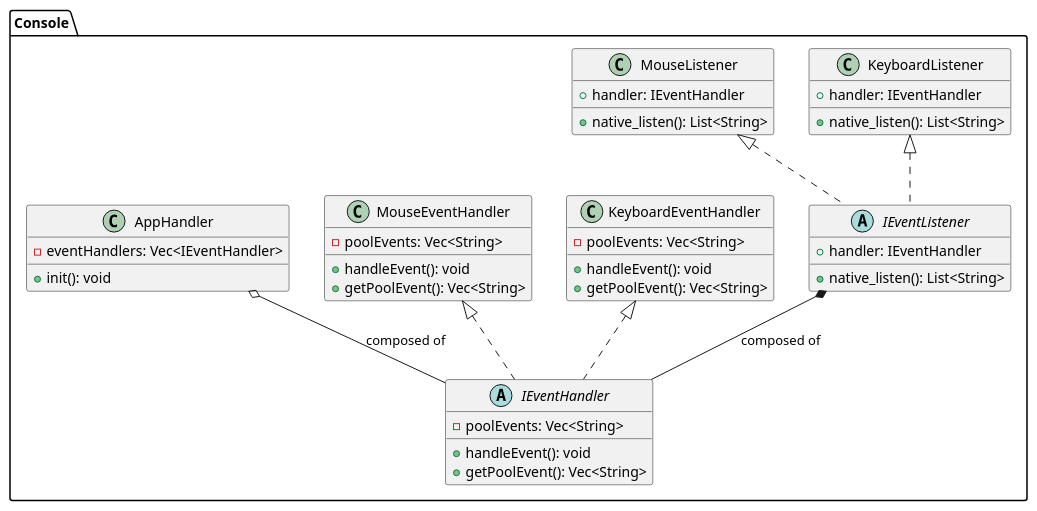
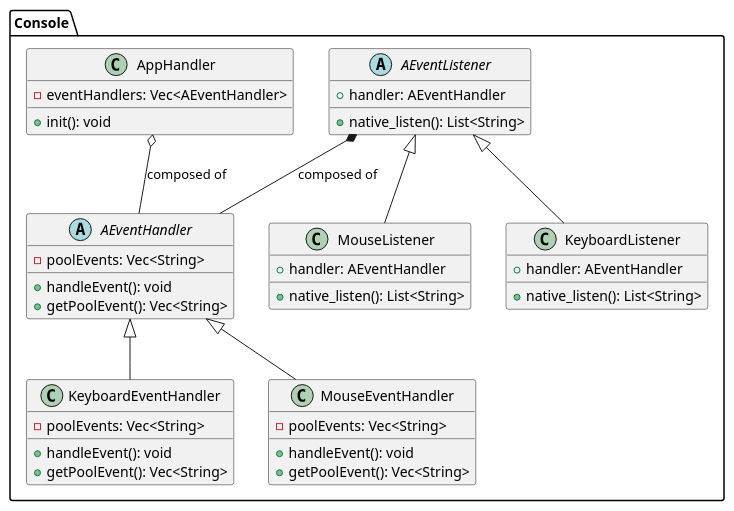
The diagram in uml/backend-software-system/input-listener.puml (Pending-Name-21/arquitecture), drawn with PlantUML before and after one commit.

Commit message:
refactor: fixing in order to conventions UML

```diff
--- a/uml/backend-software-system/input-listener.puml
+++ b/uml/backend-software-system/input-listener.puml
@@ -1,53 +1,53 @@
 @startuml input-listener-console
 package "Console" {
 
-    abstract class IEventListener {
-        +handler: IEventHandler
+    abstract class AEventListener {
+        +handler: AEventHandler
         +native_listen(): List<String>
     }
 
     class KeyboardListener {
-        +handler: IEventHandler
+        +handler: AEventHandler
         +native_listen(): List<String>
     }
 
     class MouseListener {
-        +handler: IEventHandler
+        +handler: AEventHandler
         +native_listen(): List<String>
     }
 
-    KeyboardListener <|.. IEventListener
-    MouseListener <|.. IEventListener
+    AEventListener <|-- KeyboardListener
+    AEventListener <|-- MouseListener
 
-    abstract class IEventHandler {
+    abstract class AEventHandler {
         -poolEvents: Vec<String>
         +handleEvent(): void
         +getPoolEvent(): Vec<String>
     }
 
     class KeyboardEventHandler {
         -poolEvents: Vec<String>
         +handleEvent(): void
         +getPoolEvent(): Vec<String>
     }
 
     class MouseEventHandler {
         -poolEvents: Vec<String>
         +handleEvent(): void
         +getPoolEvent(): Vec<String>
     }
 
-    KeyboardEventHandler <|.. IEventHandler
-    MouseEventHandler <|.. IEventHandler
+    AEventHandler <|-- KeyboardEventHandler
+    AEventHandler <|-- MouseEventHandler
 
-    IEventListener *-- IEventHandler : "composed of"
+    AEventListener *-- AEventHandler : "composed of"
 
     class AppHandler {
-        -eventHandlers: Vec<IEventHandler>
+        -eventHandlers: Vec<AEventHandler>
         +init(): void
     }
 
-    AppHandler o-- IEventHandler : "composed of"
+    AppHandler o-- AEventHandler : "composed of"
 
 }
 @enduml
```
